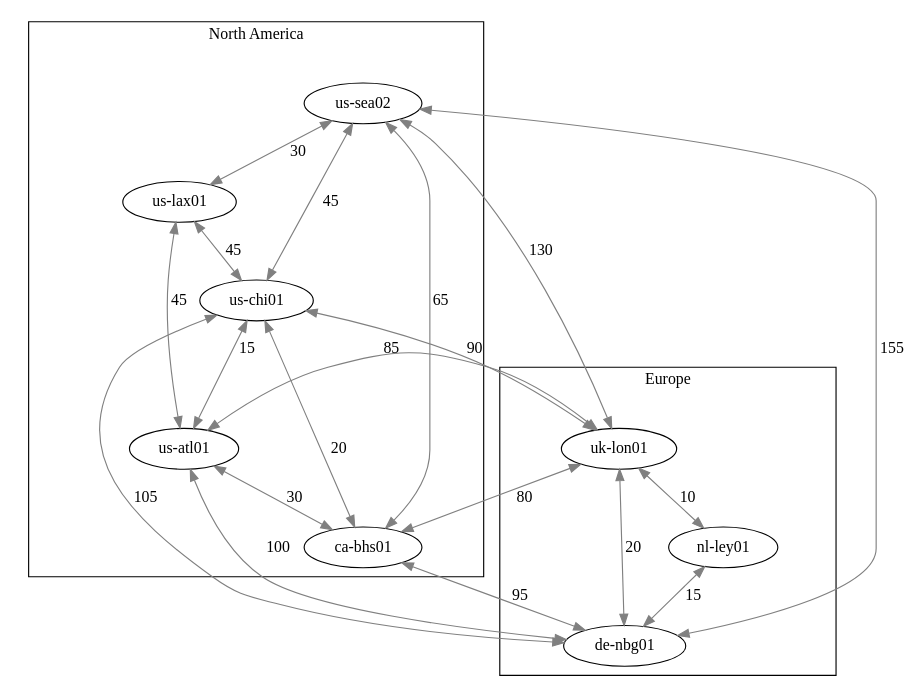
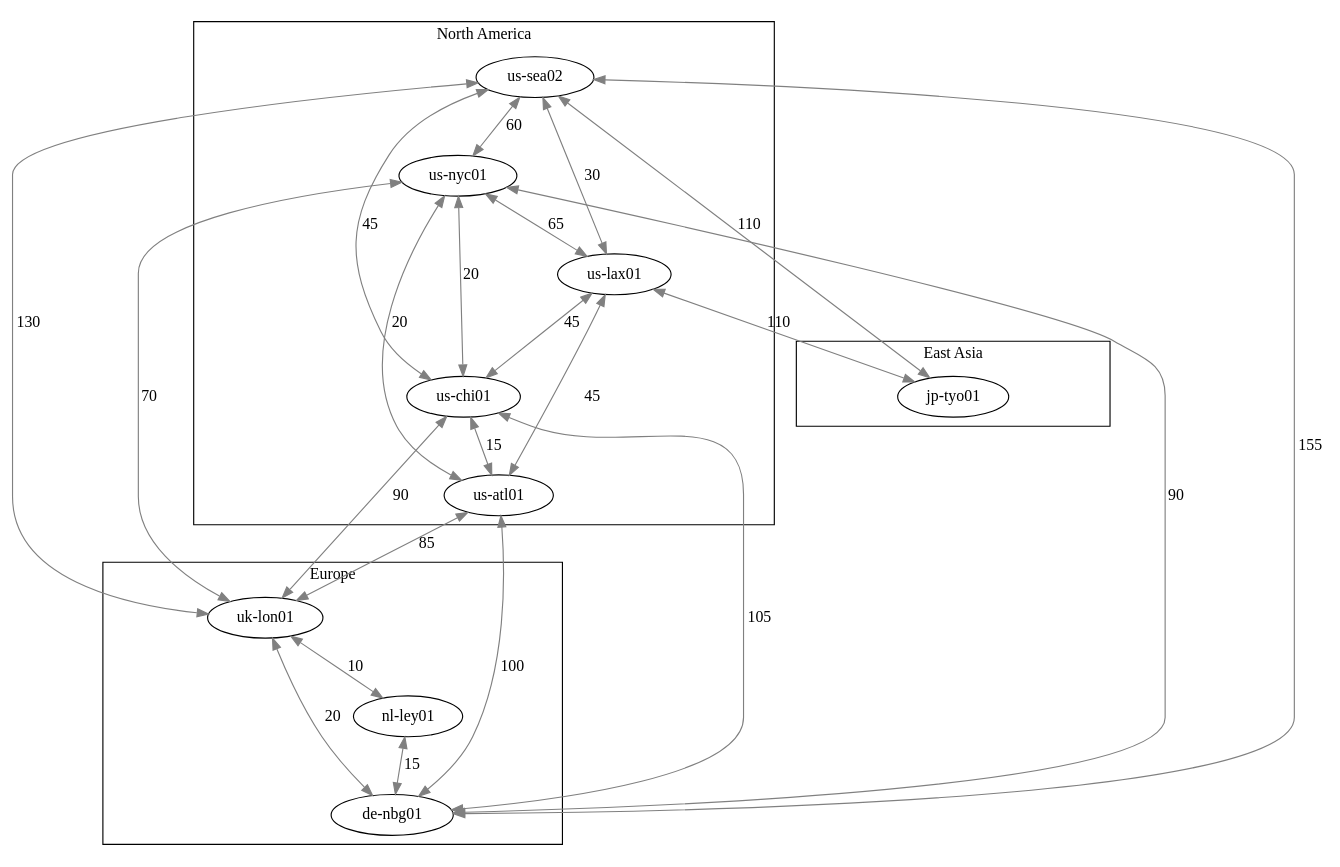
The diagram in AS4242421080.gv (jlu5/ansible-dn42), drawn with Graphviz before and after one commit. The commit also changed 3 other files, not shown here.

Commit message:
Refresh history, network graphs

```diff
--- a/AS4242421080.gv
+++ b/AS4242421080.gv
@@ -1,37 +1,44 @@
 // AS4242421080 network graph
 digraph {
 	ratio=0.8
 	subgraph "cluster_North America" {
 		fontname=bold label="North America"
+		"us-lax01" [label="us-lax01"]
 		"us-sea02" [label="us-sea02"]
-		"us-lax01" [label="us-lax01"]
-		"ca-bhs01" [label="ca-bhs01"]
+		"us-nyc01" [label="us-nyc01"]
 		"us-atl01" [label="us-atl01"]
 		"us-chi01" [label="us-chi01"]
 	}
 	subgraph cluster_Europe {
 		fontname=bold label=Europe
+		"uk-lon01" [label="uk-lon01"]
 		"de-nbg01" [label="de-nbg01"]
-		"uk-lon01" [label="uk-lon01"]
 		"nl-ley01" [label="nl-ley01"]
 	}
-	"us-sea02" -> "ca-bhs01" [label=65 color=grey dir=both]
-	"us-chi01" -> "ca-bhs01" [label=20 color=grey dir=both]
-	"uk-lon01" -> "ca-bhs01" [label=80 color=grey dir=both]
-	"de-nbg01" -> "ca-bhs01" [label=95 color=grey dir=both]
-	"us-atl01" -> "ca-bhs01" [label=30 color=grey dir=both]
+	subgraph "cluster_East Asia" {
+		fontname=bold label="East Asia"
+		"jp-tyo01" [label="jp-tyo01"]
+	}
+	"us-chi01" -> "de-nbg01" [label=105 color=grey dir=both]
+	"nl-ley01" -> "de-nbg01" [label=15 color=grey dir=both]
+	"uk-lon01" -> "de-nbg01" [label=20 color=grey dir=both]
+	"us-nyc01" -> "de-nbg01" [label=90 color=grey dir=both]
 	"us-sea02" -> "de-nbg01" [label=155 color=grey dir=both]
-	"us-chi01" -> "de-nbg01" [label=105 color=grey dir=both]
-	"uk-lon01" -> "de-nbg01" [label=20 color=grey dir=both]
-	"nl-ley01" -> "de-nbg01" [label=15 color=grey dir=both]
 	"us-atl01" -> "de-nbg01" [label=100 color=grey dir=both]
+	"us-sea02" -> "jp-tyo01" [label=110 color=grey dir=both]
+	"us-lax01" -> "jp-tyo01" [label=110 color=grey dir=both]
 	"uk-lon01" -> "nl-ley01" [label=10 color=grey dir=both]
+	"us-chi01" -> "uk-lon01" [label=90 color=grey dir=both]
+	"us-nyc01" -> "uk-lon01" [label=70 color=grey dir=both]
 	"us-sea02" -> "uk-lon01" [label=130 color=grey dir=both]
-	"us-chi01" -> "uk-lon01" [label=90 color=grey dir=both]
 	"us-atl01" -> "uk-lon01" [label=85 color=grey dir=both]
 	"us-chi01" -> "us-atl01" [label=15 color=grey dir=both]
 	"us-lax01" -> "us-atl01" [label=45 color=grey dir=both]
+	"us-nyc01" -> "us-atl01" [label=20 color=grey dir=both]
+	"us-lax01" -> "us-chi01" [label=45 color=grey dir=both]
+	"us-nyc01" -> "us-chi01" [label=20 color=grey dir=both]
 	"us-sea02" -> "us-chi01" [label=45 color=grey dir=both]
-	"us-lax01" -> "us-chi01" [label=45 color=grey dir=both]
+	"us-nyc01" -> "us-lax01" [label=65 color=grey dir=both]
 	"us-sea02" -> "us-lax01" [label=30 color=grey dir=both]
+	"us-sea02" -> "us-nyc01" [label=60 color=grey dir=both]
 }
```
